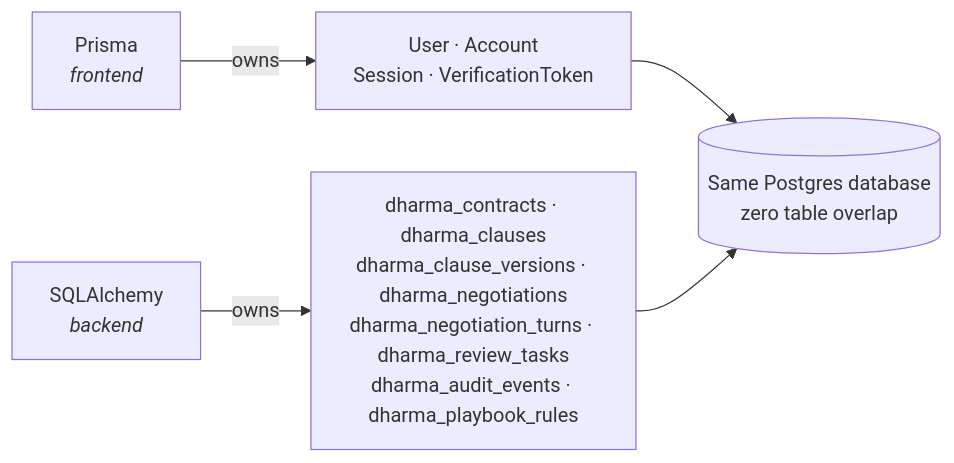
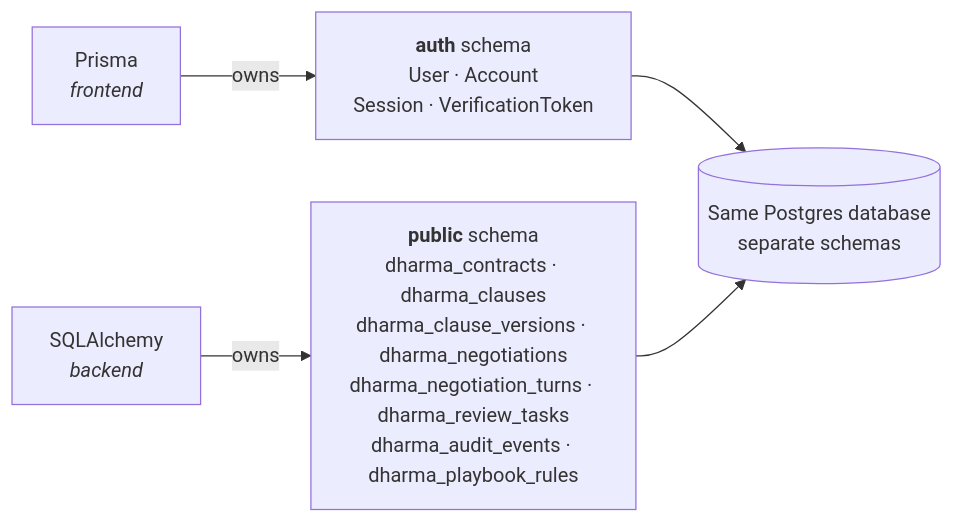
The third of 4 diagrams in README.md (yadavahc/DharmaAI-Intelligent_Contract_Copilot), drawn with Mermaid before and after one commit. The commit also changed other lines of this file and 5 other files, not shown here.

First line of the commit message:
fix(db): scope Prisma to its own schema so `db push` cannot drop domain tables

````diff
--- a/README.md
+++ b/README.md
@@ -254,7 +254,7 @@
 ```mermaid
 flowchart LR
-    P["Prisma<br/><i>frontend</i>"] -->|owns| A["User · Account<br/>Session · VerificationToken"]
-    S["SQLAlchemy<br/><i>backend</i>"] -->|owns| D["dharma_contracts · dharma_clauses<br/>dharma_clause_versions · dharma_negotiations<br/>dharma_negotiation_turns · dharma_review_tasks<br/>dharma_audit_events · dharma_playbook_rules"]
-    A --> PG[("Same Postgres database<br/>zero table overlap")]
+    P["Prisma<br/><i>frontend</i>"] -->|owns| A["<b>auth</b> schema<br/>User · Account<br/>Session · VerificationToken"]
+    S["SQLAlchemy<br/><i>backend</i>"] -->|owns| D["<b>public</b> schema<br/>dharma_contracts · dharma_clauses<br/>dharma_clause_versions · dharma_negotiations<br/>dharma_negotiation_turns · dharma_review_tasks<br/>dharma_audit_events · dharma_playbook_rules"]
+    A --> PG[("Same Postgres database<br/>separate schemas")]
     D --> PG
 ```
````
